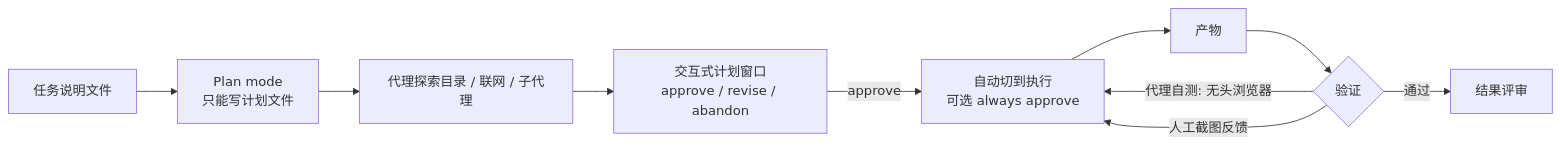
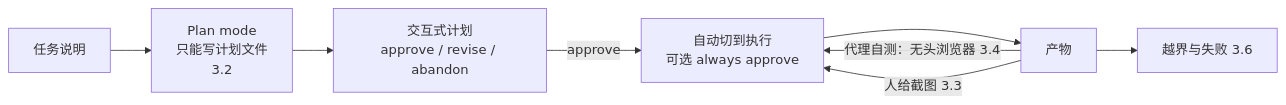
The diagram in docs/13-bijan-bowen-grok-build.md (yzw7489757/ai-coding-videos), drawn with Mermaid before and after one commit. The commit also changed other lines of this file and 5 other files, not shown here.

````diff
--- a/docs/13-bijan-bowen-grok-build.md
+++ b/docs/13-bijan-bowen-grok-build.md
@@ -92,12 +59,10 @@
 ```mermaid
 flowchart LR
-    A[任务说明文件] --> B[Plan mode<br/>只能写计划文件]
-    B --> C[代理探索目录 / 联网 / 子代理]
-    C --> D[交互式计划窗口<br/>approve / revise / abandon]
-    D -- approve --> E[自动切到执行<br/>可选 always approve]
-    E --> F[产物]
-    F --> G{验证}
-    G -- 代理自测: 无头浏览器 --> E
-    G -- 人工截图反馈 --> E
-    G -- 通过 --> H[结果评审]
+    A["任务说明"] --> B["Plan mode<br/>只能写计划文件<br/>3.2"]
+    B --> C["交互式计划<br/>approve / revise / abandon"]
+    C -- approve --> D["自动切到执行<br/>可选 always approve"]
+    D --> E["产物"]
+    E -- "代理自测：无头浏览器 3.4" --> D
+    E -- "人给截图 3.3" --> D
+    E --> F["越界与失败 3.6"]
 ```
````
